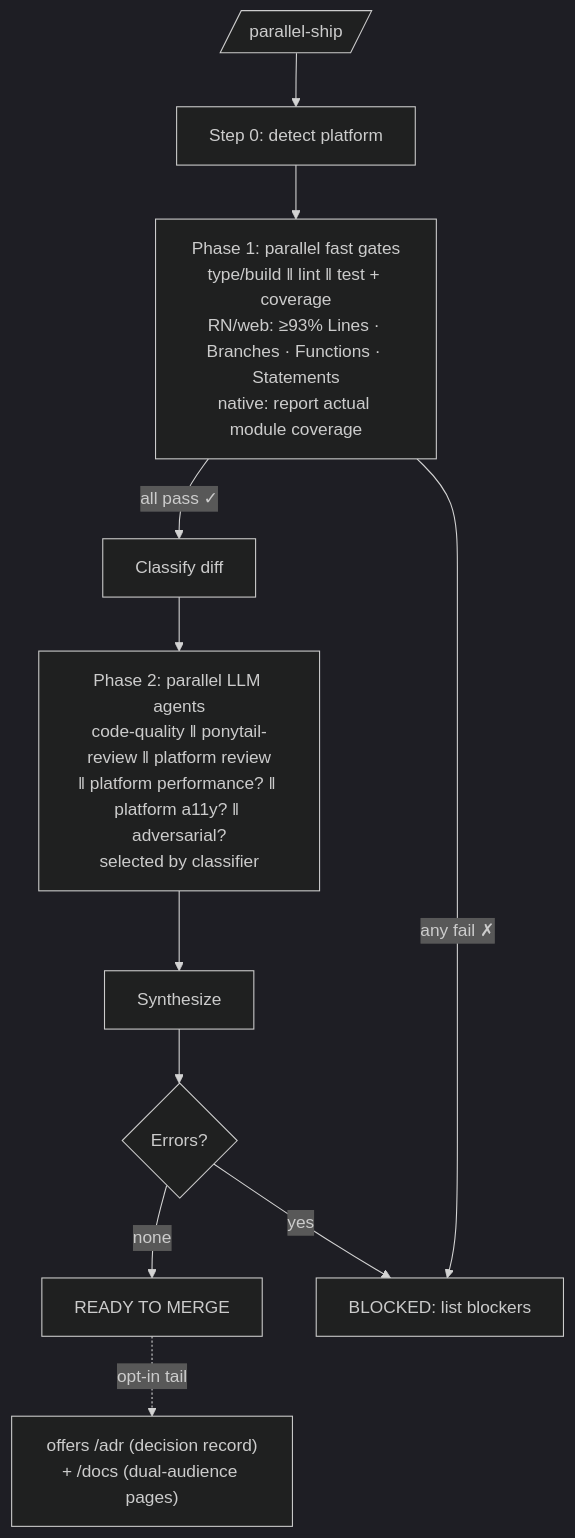
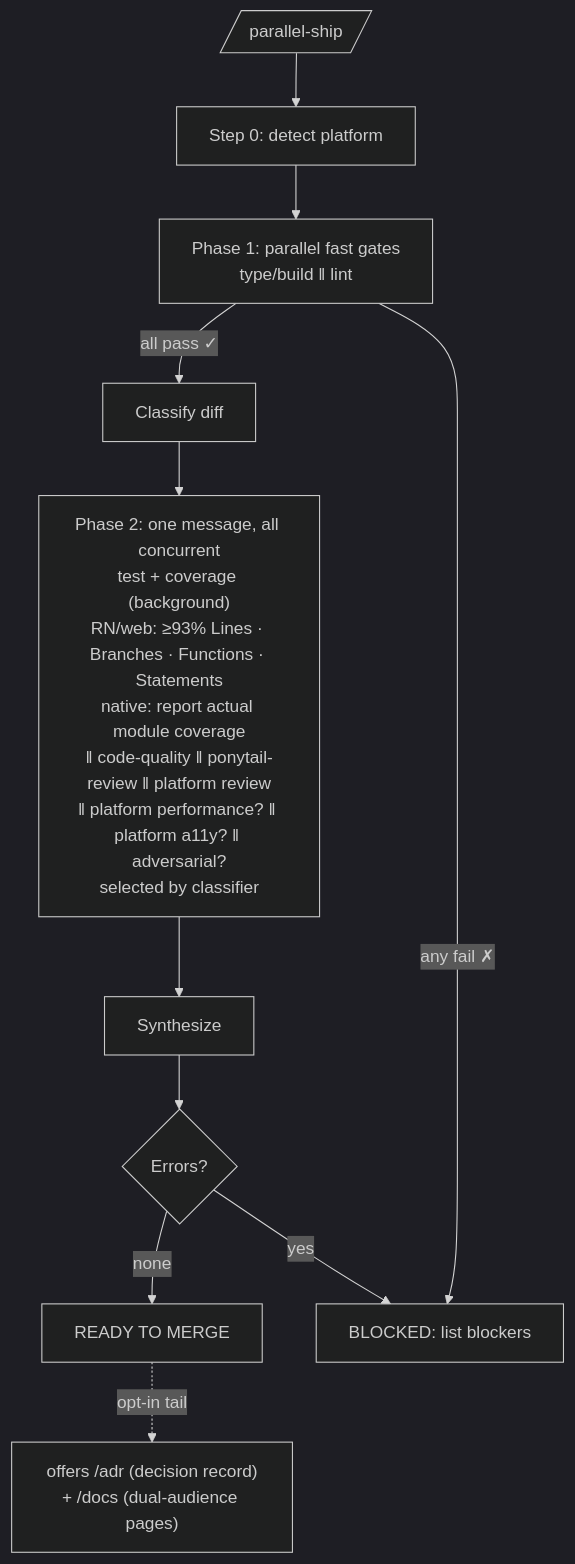
The fourth of 14 diagrams in README.md (raditia/CraftKit), drawn with Mermaid (dark theme) before and after one commit. The commit also changed other lines of this file and 8 other files, not shown here.

````diff
--- a/README.md
+++ b/README.md
@@ -308,13 +298,13 @@
 ```mermaid
 flowchart TD
     A[/parallel-ship/] --> P["Step 0: detect platform"]
-    P --> B["Phase 1: parallel fast gates\ntype/build ‖ lint ‖ test + coverage\nRN/web: ≥93% Lines · Branches · Functions · Statements\nnative: report actual module coverage"]
+    P --> B["Phase 1: parallel fast gates\ntype/build ‖ lint"]
     B -->|all pass ✓| C[Classify diff]
-    C --> D["Phase 2: parallel LLM agents\ncode-quality ‖ ponytail-review ‖ platform review\n‖ platform performance? ‖ platform a11y? ‖ adversarial?\nselected by classifier"]
+    C --> D["Phase 2: one message, all concurrent\ntest + coverage (background)\nRN/web: ≥93% Lines · Branches · Functions · Statements\nnative: report actual module coverage\n‖ code-quality ‖ ponytail-review ‖ platform review\n‖ platform performance? ‖ platform a11y? ‖ adversarial?\nselected by classifier"]
     D --> E[Synthesize]
     E --> F{Errors?}
     F -->|none| G[READY TO MERGE]
     G -.->|opt-in tail| T["offers /adr (decision record)\n+ /docs (dual-audience pages)"]
     F -->|yes| H["BLOCKED: list blockers"]
     B -->|any fail ✗| H
 ```
````
